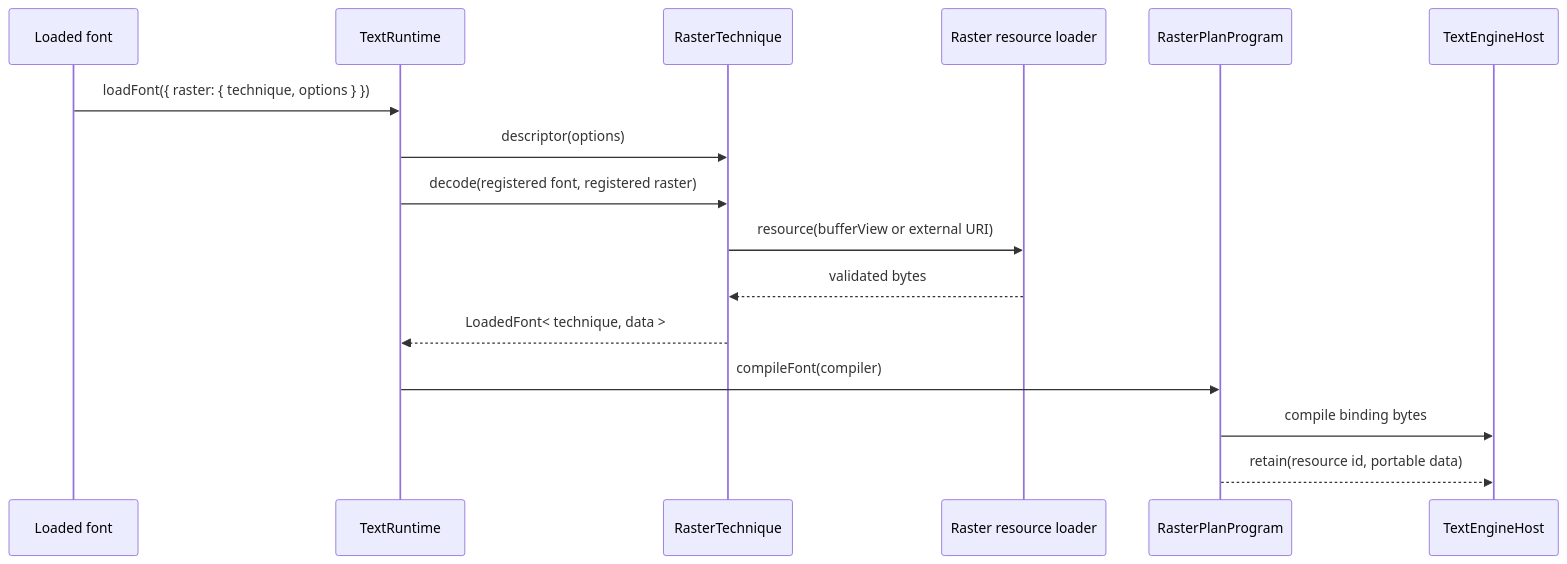
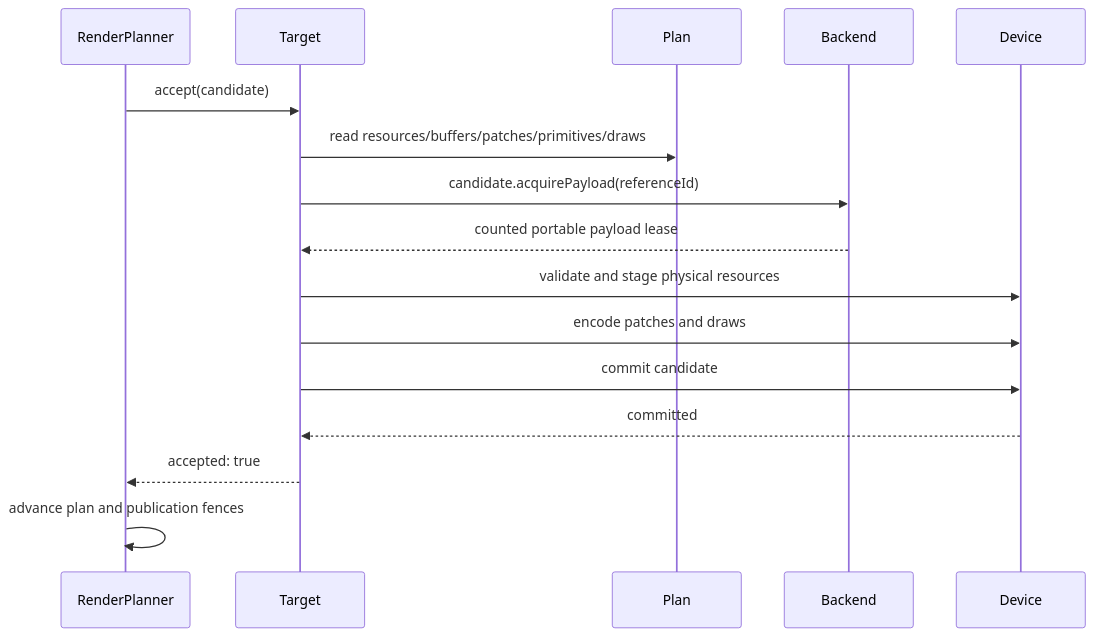
The second of 2 diagrams in docs/guides/technique-implementation-report.md (alvarosabu/glyph), drawn with Mermaid before and after one commit. The commit also changed other lines of this file and 390 other files, not shown here.

First line of the commit message:
feat: recover portable render techniques onto main (#131)

````diff
--- a/docs/guides/technique-implementation-report.md
+++ b/docs/guides/technique-implementation-report.md
@@ -275,19 +402,19 @@
 ```mermaid
 sequenceDiagram
-  participant Font as Loaded font
-  participant Runtime as TextRuntime
-  participant Technique as RasterTechnique
-  participant Loader as Raster resource loader
-  participant Plan as RasterPlanProgram
-  participant Host as TextEngineHost
+  participant RenderPlanner
+  participant Target
+  participant Plan
+  participant Backend
+  participant Device
 
-  Font->>Runtime: loadFont({ raster: { technique, options } })
-  Runtime->>Technique: descriptor(options)
-  Runtime->>Technique: decode(registered font, registered raster)
-  Technique->>Loader: resource(bufferView or external URI)
-  Loader-->>Technique: validated bytes
-  Technique-->>Runtime: LoadedFont< technique, data >
-  Runtime->>Plan: compileFont(compiler)
-  Plan->>Host: compile binding bytes
-  Plan-->>Host: retain(resource id, portable data)
+  RenderPlanner->>Target: accept(candidate)
+  Target->>Plan: read resources/buffers/patches/primitives/draws
+  Target->>Backend: candidate.acquirePayload(referenceId)
+  Backend-->>Target: counted portable payload lease
+  Target->>Device: validate and stage physical resources
+  Target->>Device: encode patches and draws
+  Target->>Device: commit candidate
+  Device-->>Target: committed
+  Target-->>RenderPlanner: accepted: true
+  RenderPlanner->>RenderPlanner: advance plan and publication fences
 ```
````
